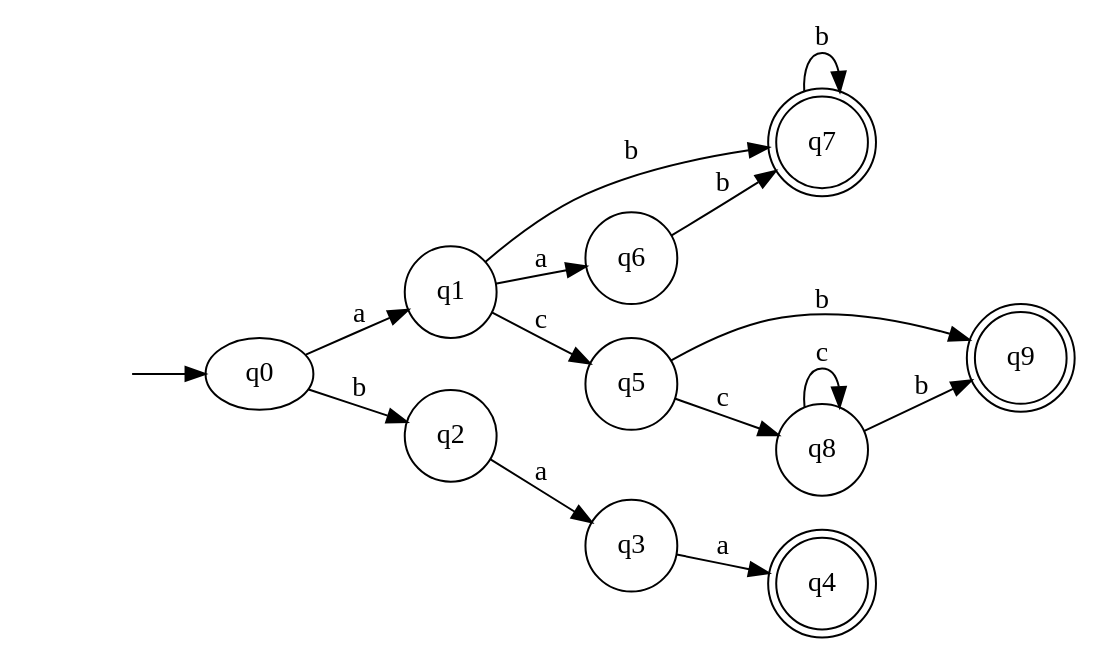
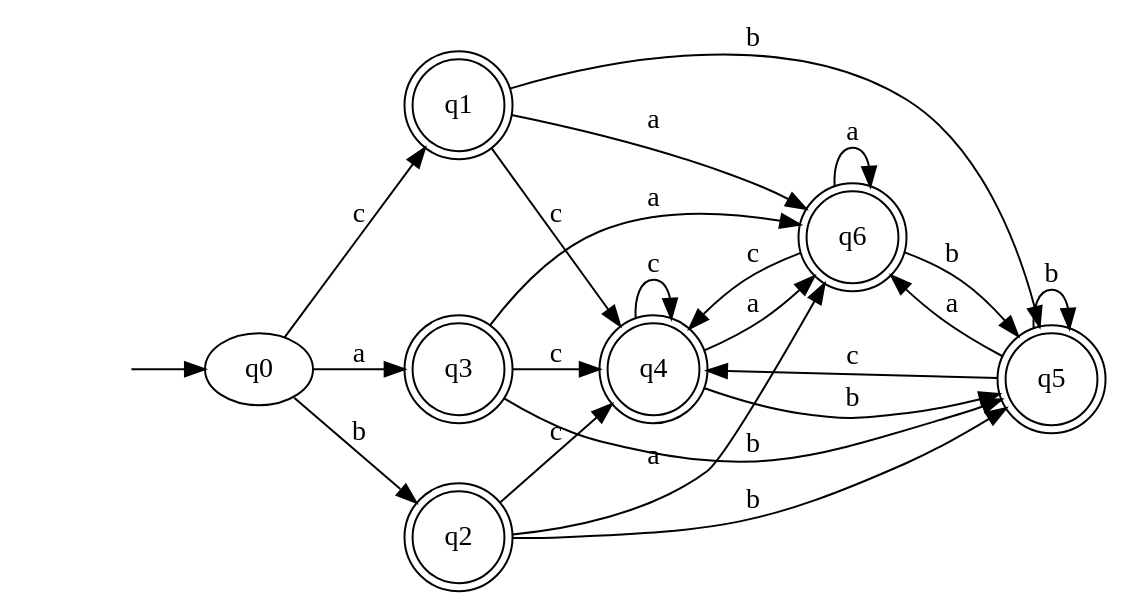
One commit to oscarparedez/compiler-project-1 changed the diagram in DFA FROM SUBSETS.gv. Above: the diagram before and after it, drawn with Graphviz. The commit also changed 17 other files, not shown here.

```diff
--- a/DFA FROM SUBSETS.gv
+++ b/DFA FROM SUBSETS.gv
@@ -1,27 +1,32 @@
 digraph "DFA FROM SUBSETS" {
 	graph [rankdir=LR]
 	"" [label="" shape=plaintext]
 	q4 [label=q4 shape=doublecircle]
-	q7 [label=q7 shape=doublecircle]
-	q9 [label=q9 shape=doublecircle]
-	q1 [label=q1 shape=circle]
-	q6 [label=q6 shape=circle]
-	q5 [label=q5 shape=circle]
-	q3 [label=q3 shape=circle]
-	q8 [label=q8 shape=circle]
-	q2 [label=q2 shape=circle]
+	q6 [label=q6 shape=doublecircle]
+	q1 [label=q1 shape=doublecircle]
+	q2 [label=q2 shape=doublecircle]
+	q3 [label=q3 shape=doublecircle]
+	q5 [label=q5 shape=doublecircle]
 	"" -> q0 [label=""]
-	q0 -> q1 [label=a]
+	q0 -> q1 [label=c]
 	q0 -> q2 [label=b]
-	q2 -> q3 [label=a]
-	q3 -> q4 [label=a]
-	q1 -> q5 [label=c]
+	q0 -> q3 [label=a]
+	q3 -> q4 [label=c]
+	q3 -> q5 [label=b]
+	q3 -> q6 [label=a]
+	q6 -> q4 [label=c]
+	q6 -> q5 [label=b]
+	q6 -> q6 [label=a]
+	q5 -> q4 [label=c]
+	q5 -> q5 [label=b]
+	q5 -> q6 [label=a]
+	q4 -> q4 [label=c]
+	q4 -> q5 [label=b]
+	q4 -> q6 [label=a]
+	q2 -> q4 [label=c]
+	q2 -> q5 [label=b]
+	q2 -> q6 [label=a]
+	q1 -> q4 [label=c]
+	q1 -> q5 [label=b]
 	q1 -> q6 [label=a]
-	q1 -> q7 [label=b]
-	q7 -> q7 [label=b]
-	q6 -> q7 [label=b]
-	q5 -> q8 [label=c]
-	q5 -> q9 [label=b]
-	q8 -> q8 [label=c]
-	q8 -> q9 [label=b]
 }
```
